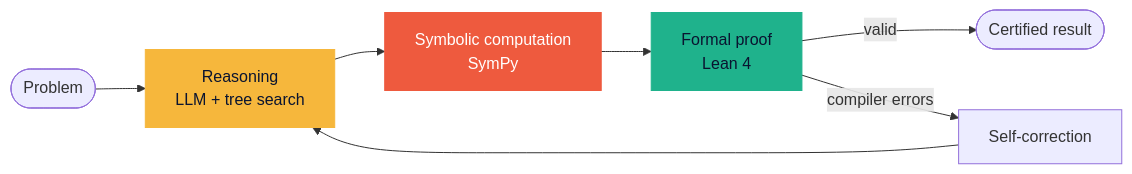
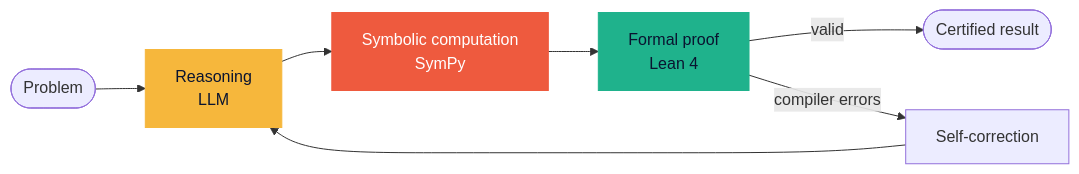
One commit to AIM2P/research changed the diagram in README.md. Above: the diagram before and after it, drawn with Mermaid. The commit also changed other lines of this file and 21 other files, not shown here.

````diff
--- a/README.md
+++ b/README.md
@@ -19,15 +19,15 @@
 ```mermaid
 flowchart LR
-    P([Problem]) --> R["Reasoning<br/>LLM + tree search"]
+    P([Problem]) --> R["Reasoning<br/>LLM"]
     R --> S["Symbolic computation<br/>SymPy"]
     S --> L["Formal proof<br/>Lean 4"]
     L -- valid --> C([Certified result])
     L -- compiler errors --> F["Self-correction"]
     F --> R
     classDef llm fill:#F6B73C,stroke:#F6B73C,color:#0A1430
     classDef sympy fill:#EE5A3E,stroke:#EE5A3E,color:#FFFFFF
     classDef lean fill:#1FB28C,stroke:#1FB28C,color:#0A1430
     class R llm
     class S sympy
     class L lean
 ```
````
